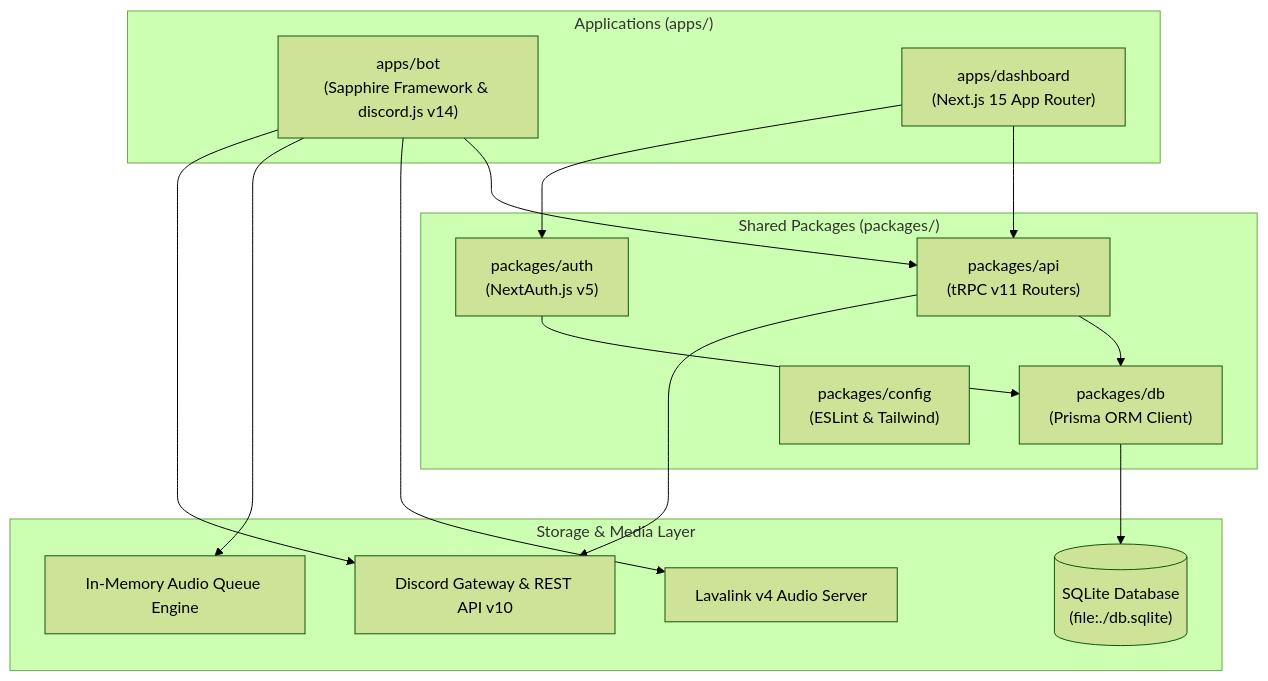
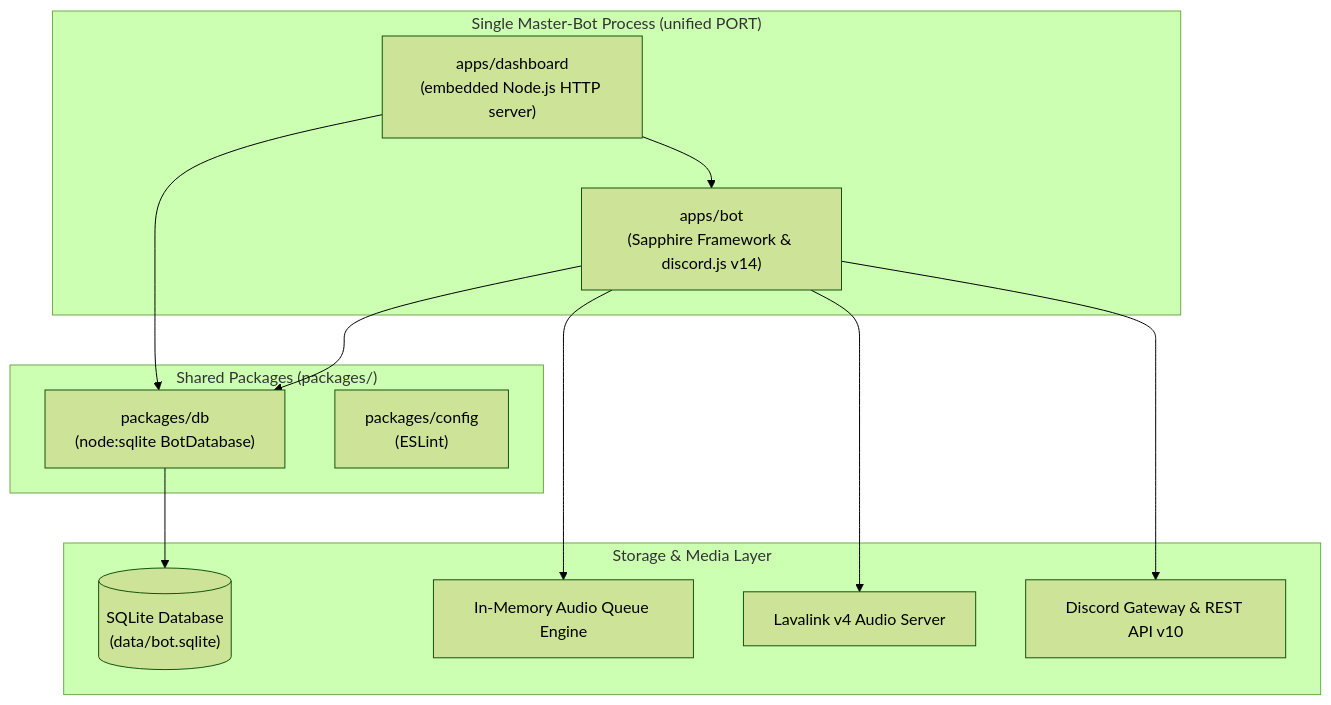
Before and after one commit to PhantomNimbi/Master-Bot: the diagram in wiki/Home.md, drawn with Mermaid (forest theme). The commit also changed other lines of this file and 31 other files, not shown here.

Commit message:
rebuild: complete HELIX alignment — single-process, single-PORT, green Vitest 4, docs sync

````diff
--- a/wiki/Home.md
+++ b/wiki/Home.md
@@ -9,32 +9,27 @@
 ```mermaid
 flowchart TD
-    subgraph Apps["Applications (apps/)"]
+    subgraph Process["Single Master-Bot Process (unified PORT)"]
         Bot["apps/bot<br/>(Sapphire Framework & discord.js v14)"]
-        Dash["apps/dashboard<br/>(Next.js 15 App Router)"]
+        Dash["apps/dashboard<br/>(embedded Node.js HTTP server)"]
     end
 
     subgraph Packages["Shared Packages (packages/)"]
-        API["packages/api<br/>(tRPC v11 Routers)"]
-        Auth["packages/auth<br/>(NextAuth.js v5)"]
-        DB["packages/db<br/>(Prisma ORM Client)"]
-        Config["packages/config<br/>(ESLint & Tailwind)"]
+        DB["packages/db<br/>(node:sqlite BotDatabase)"]
+        Config["packages/config<br/>(ESLint)"]
     end
 
     subgraph Storage["Storage & Media Layer"]
-        SQLite[("SQLite Database<br/>(file:./db.sqlite)")]
+        SQLite[("SQLite Database<br/>(data/bot.sqlite)")]
         MemQueue["In-Memory Audio Queue Engine"]
         Lava["Lavalink v4 Audio Server"]
         Discord["Discord Gateway & REST API v10"]
     end
 
-    Dash --> API
-    Dash --> Auth
-    Bot --> API
-    API --> DB
-    Auth --> DB
+    Dash --> Bot
+    Dash --> DB
+    Bot --> DB
     DB --> SQLite
     Bot --> Lava
     Bot --> MemQueue
     Bot --> Discord
-    API --> Discord
 ```
````
